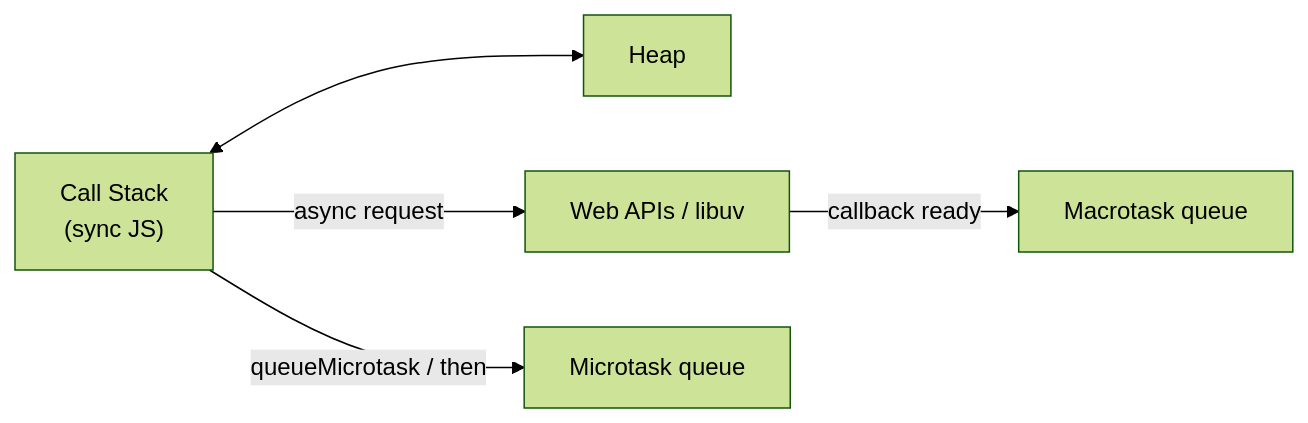
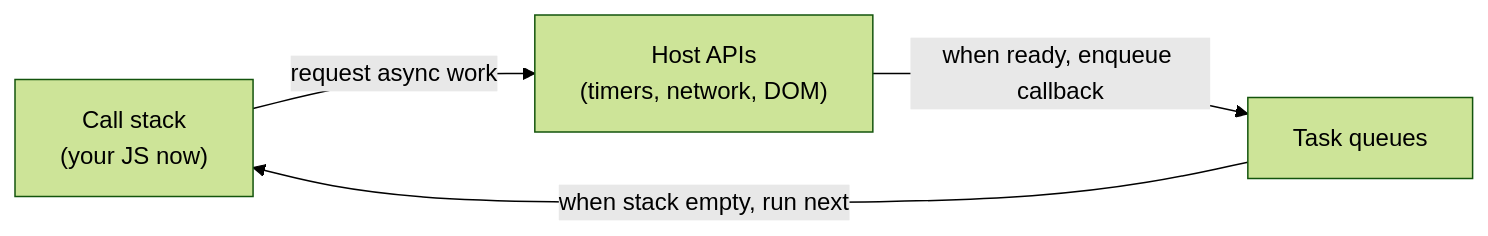
The first of 13 diagrams in docs/javascript/10-event-loop.md (prajjwaljogdand/FullstackPreparation), drawn with Mermaid (forest theme) before and after one commit. The commit also changed other lines of this file and 91 other files, not shown here.

````diff
--- a/docs/javascript/10-event-loop.md
+++ b/docs/javascript/10-event-loop.md
@@ -13,12 +33,9 @@
 ```mermaid
 flowchart LR
-  Stack["Call Stack\n(sync JS)"] 
-  Heap["Heap"]
-  APIs["Web APIs / libuv"]
-  Macro["Macrotask queue"]
-  Micro["Microtask queue"]
-  Stack <--> Heap
-  Stack -->|"async request"| APIs
-  APIs -->|"callback ready"| Macro
-  Stack -->|"queueMicrotask / then"| Micro
+  Stack["Call stack\n(your JS now)"]
+  Host["Host APIs\n(timers, network, DOM)"]
+  Queues["Task queues"]
+  Stack -->|"request async work"| Host
+  Host -->|"when ready, enqueue callback"| Queues
+  Queues -->|"when stack empty, run next"| Stack
 ```
````
